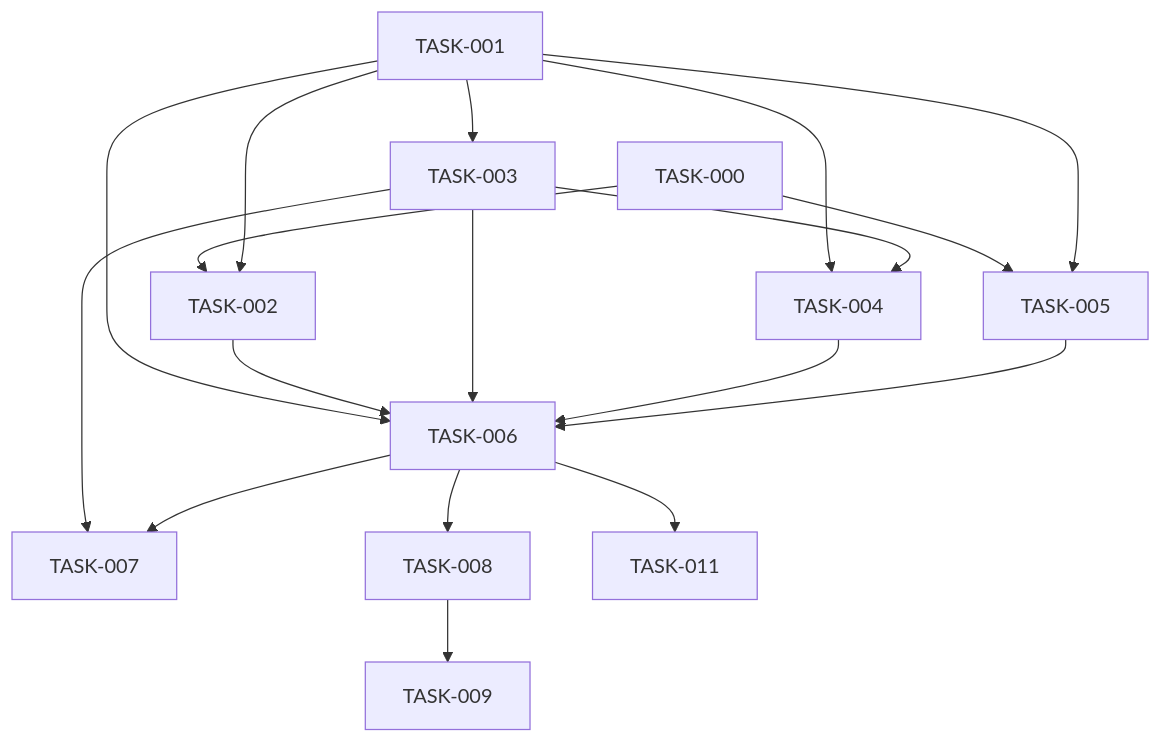
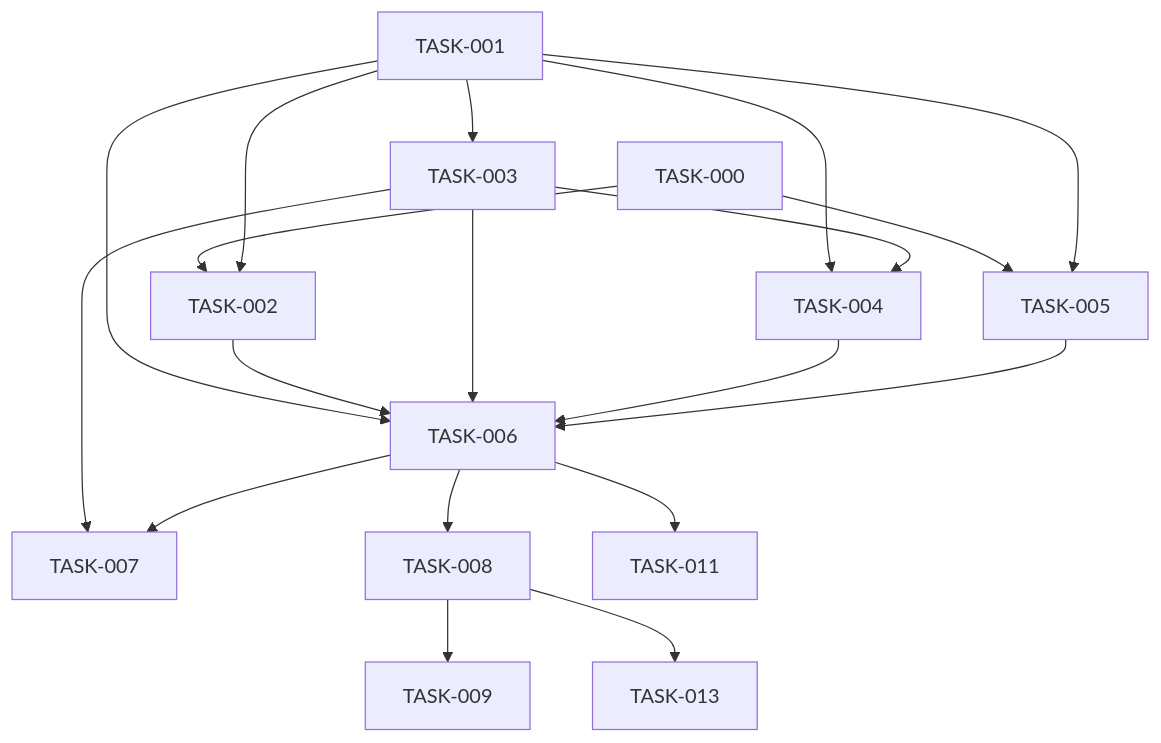
The diagram in doc/backlog/EPIC-001-chat-context-management/epic.md (KolesnikMichael/yoda-chat-bot), drawn with Mermaid before and after one commit. The commit also changed other lines of this file and 4 other files, not shown here.

````diff
--- a/doc/backlog/EPIC-001-chat-context-management/epic.md
+++ b/doc/backlog/EPIC-001-chat-context-management/epic.md
@@ -72,20 +73,21 @@
 ```mermaid
 graph TD
     T0[TASK-000] --> T2[TASK-002]
     T0 --> T5[TASK-005]
     T1[TASK-001] --> T2
     T1 --> T3[TASK-003]
     T1 --> T4[TASK-004]
     T1 --> T5
     T1 --> T6[TASK-006]
     T2 --> T6
     T3 --> T4
     T3 --> T6
     T3 --> T7[TASK-007]
     T4 --> T6
     T5 --> T6
     T6 --> T7
     T6 --> T8[TASK-008]
     T6 --> T11[TASK-011]
     T8 --> T9[TASK-009]
+    T8 --> T13[TASK-013]
 ```
````
